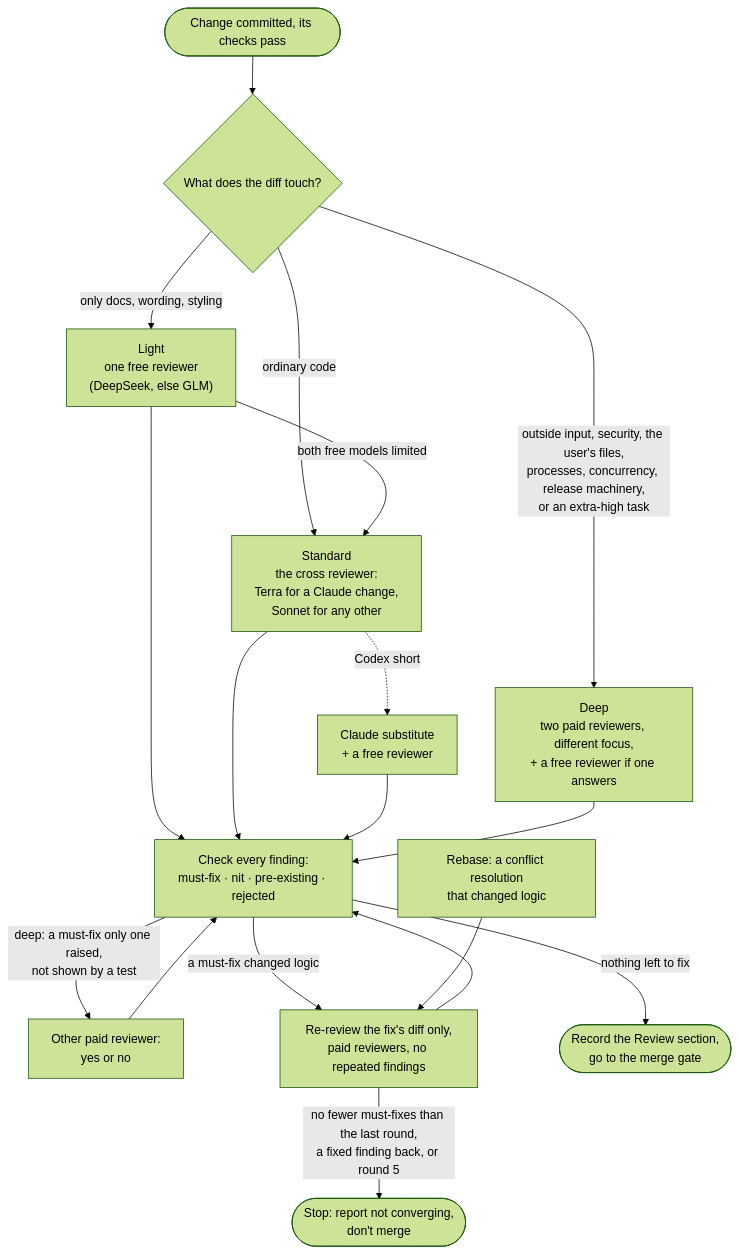
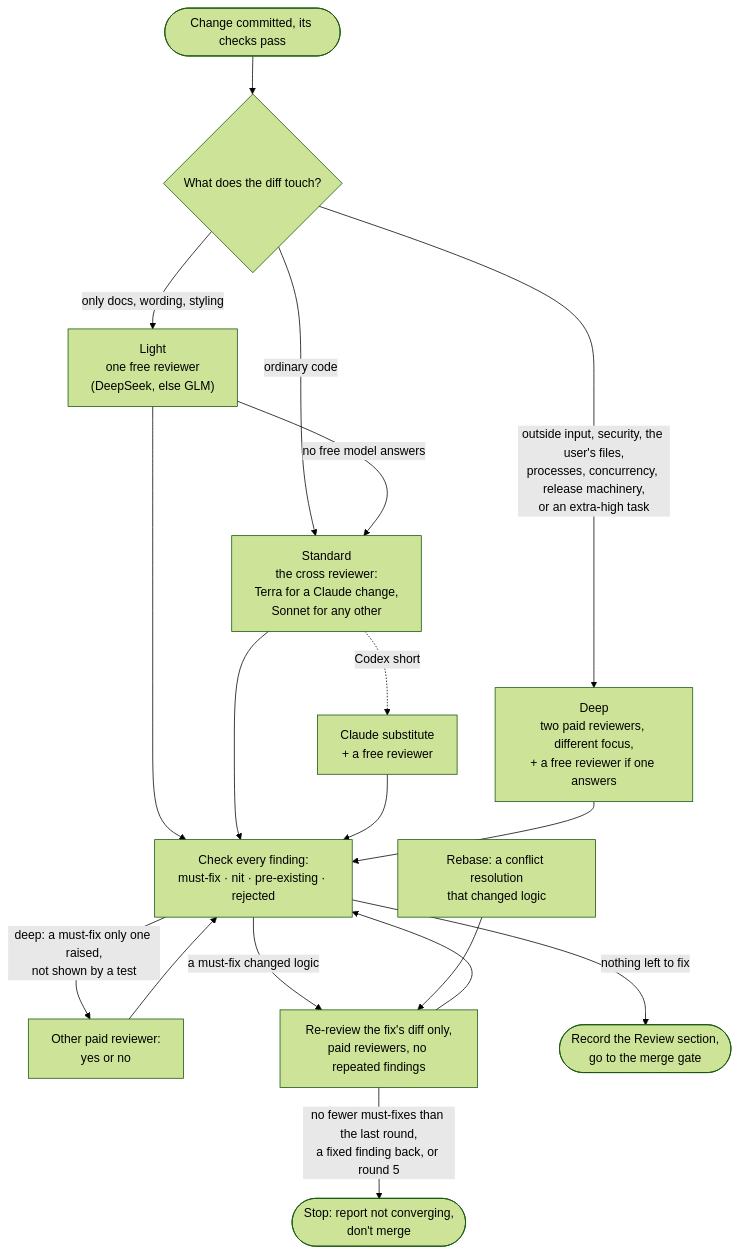
The diagram in docs/skills/review-gate/README.md (kristianbonnici/agent-skills), drawn with Mermaid (forest theme) before and after one commit. The commit also changed other lines of this file and 9 other files, not shown here.

Commit message:
feat(skills): OpenCode Go backs up the free models: review-gate 2.0.0 and long-horizon-orchestrator 3.0.0 move a limited free reviewer or helper to the same flash model on the flat-rate Go plan, whole tasks on that pool start on Go, and Go's larger models stay out while its limit may be shared

````diff
--- a/docs/skills/review-gate/README.md
+++ b/docs/skills/review-gate/README.md
@@ -12,17 +12,17 @@
 ```mermaid
 flowchart TD
   start([Change committed, its checks pass]) --> level{What does the diff touch?}
   level -->|"only docs, wording, styling"| light["Light<br/>one free reviewer<br/>(DeepSeek, else GLM)"]
   level -->|ordinary code| standard["Standard<br/>the cross reviewer:<br/>Terra for a Claude change,<br/>Sonnet for any other"]
   level -->|"outside input, security, the user's files,<br/>processes, concurrency, release machinery,<br/>or an extra-high task"| deep["Deep<br/>two paid reviewers, different focus,<br/>+ a free reviewer if one answers"]
-  light -->|both free models limited| standard
+  light -->|no free model answers| standard
   standard -.->|Codex short| sub["Claude substitute<br/>+ a free reviewer"]
   light & standard & sub & deep --> sort["Check every finding:<br/>must-fix · nit · pre-existing · rejected"]
   sort -->|"deep: a must-fix only one raised,<br/>not shown by a test"| second["Other paid reviewer:<br/>yes or no"]
   second --> sort
   sort -->|a must-fix changed logic| rereview["Re-review the fix's diff only,<br/>paid reviewers, no repeated findings"]
   rebase["Rebase: a conflict resolution<br/>that changed logic"] --> rereview
   rereview -->|"no fewer must-fixes than the last round,<br/>a fixed finding back, or round 5"| stop([Stop: report not converging,<br/>don't merge])
   rereview --> sort
   sort -->|nothing left to fix| record([Record the Review section,<br/>go to the merge gate])
 ```
````
